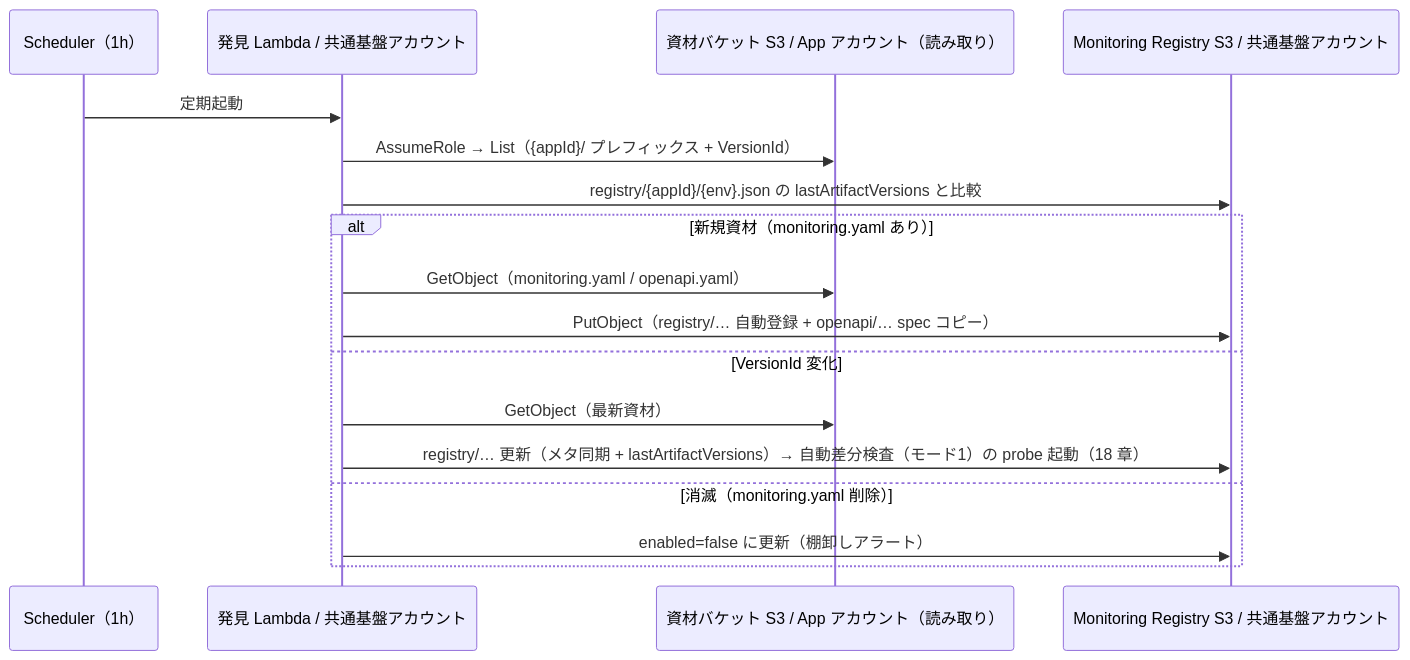
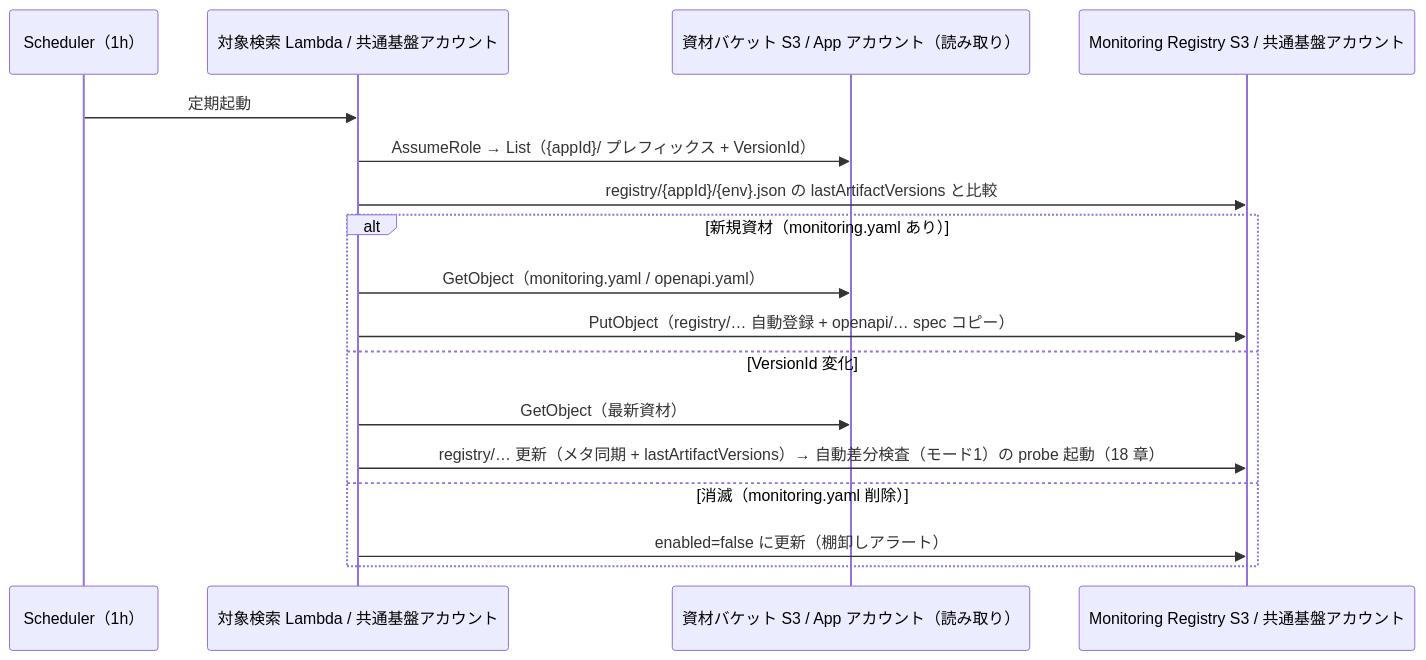
Before and after one commit to suepie/aws-atuh-poc: the diagram in doc/api-platform/basic-design/12-app-registry-design.md, drawn with Mermaid. The commit also changed other lines of this file and 23 other files, not shown here.

````diff
--- a/doc/api-platform/basic-design/12-app-registry-design.md
+++ b/doc/api-platform/basic-design/12-app-registry-design.md
@@ -78,20 +78,20 @@
 ```mermaid
 sequenceDiagram
     participant SCH as Scheduler（1h）
-    participant DISC as 発見 Lambda / 共通基盤アカウント
+    participant DISC as 対象検索 Lambda / 共通基盤アカウント
     participant ART as 資材バケット S3 / App アカウント（読み取り）
     participant S3 as Monitoring Registry S3 / 共通基盤アカウント
 
     SCH->>DISC: 定期起動
     DISC->>ART: AssumeRole → List（{appId}/ プレフィックス + VersionId）
     DISC->>S3: registry/{appId}/{env}.json の lastArtifactVersions と比較
     alt 新規資材（monitoring.yaml あり）
         DISC->>ART: GetObject（monitoring.yaml / openapi.yaml）
         DISC->>S3: PutObject（registry/… 自動登録 + openapi/… spec コピー）
     else VersionId 変化
         DISC->>ART: GetObject（最新資材）
         DISC->>S3: registry/… 更新（メタ同期 + lastArtifactVersions）→ 自動差分検査（モード1）の probe 起動（18 章）
     else 消滅（monitoring.yaml 削除）
         DISC->>S3: enabled=false に更新（棚卸しアラート）
     end
 ```
````
